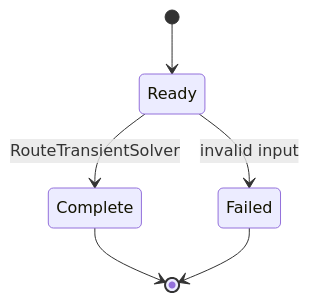
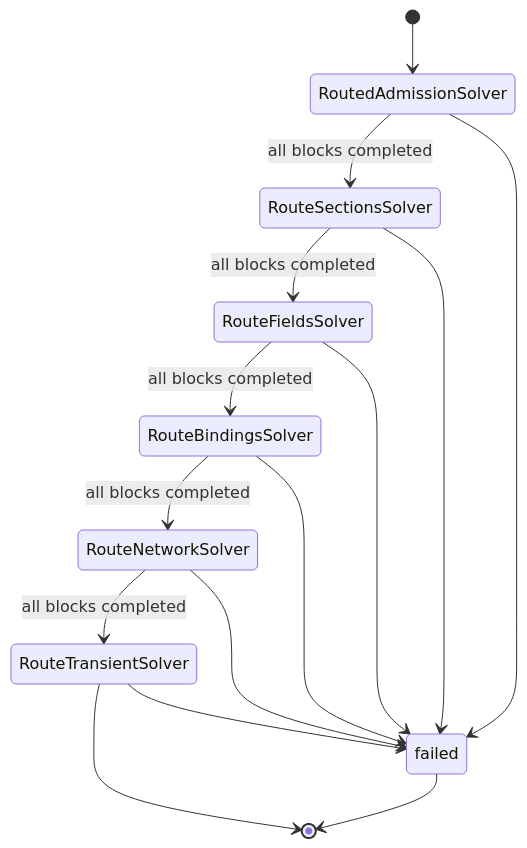
Before and after one commit to ShiboSoftwareDev/signal-integrity-pipeline: the third of 3 diagrams in README.md, drawn with Mermaid. The commit also changed other lines of this file and 15 other files, not shown here.

First line of the commit message:
feat: add RoutedPipelineSolver

````diff
--- a/README.md
+++ b/README.md
@@ -25,8 +105,17 @@
 ```mermaid
 stateDiagram-v2
-  [*] --> Ready
-  Ready --> Complete: RouteTransientSolver
-  Ready --> Failed: invalid input
-  Complete --> [*]
-  Failed --> [*]
+  [*] --> RoutedAdmissionSolver
+  RoutedAdmissionSolver --> RouteSectionsSolver: all blocks completed
+  RouteSectionsSolver --> RouteFieldsSolver: all blocks completed
+  RouteFieldsSolver --> RouteBindingsSolver: all blocks completed
+  RouteBindingsSolver --> RouteNetworkSolver: all blocks completed
+  RouteNetworkSolver --> RouteTransientSolver: all blocks completed
+  RouteTransientSolver --> [*]
+  RoutedAdmissionSolver --> failed
+  RouteSectionsSolver --> failed
+  RouteFieldsSolver --> failed
+  RouteBindingsSolver --> failed
+  RouteNetworkSolver --> failed
+  RouteTransientSolver --> failed
+  failed --> [*]
 ```
````
